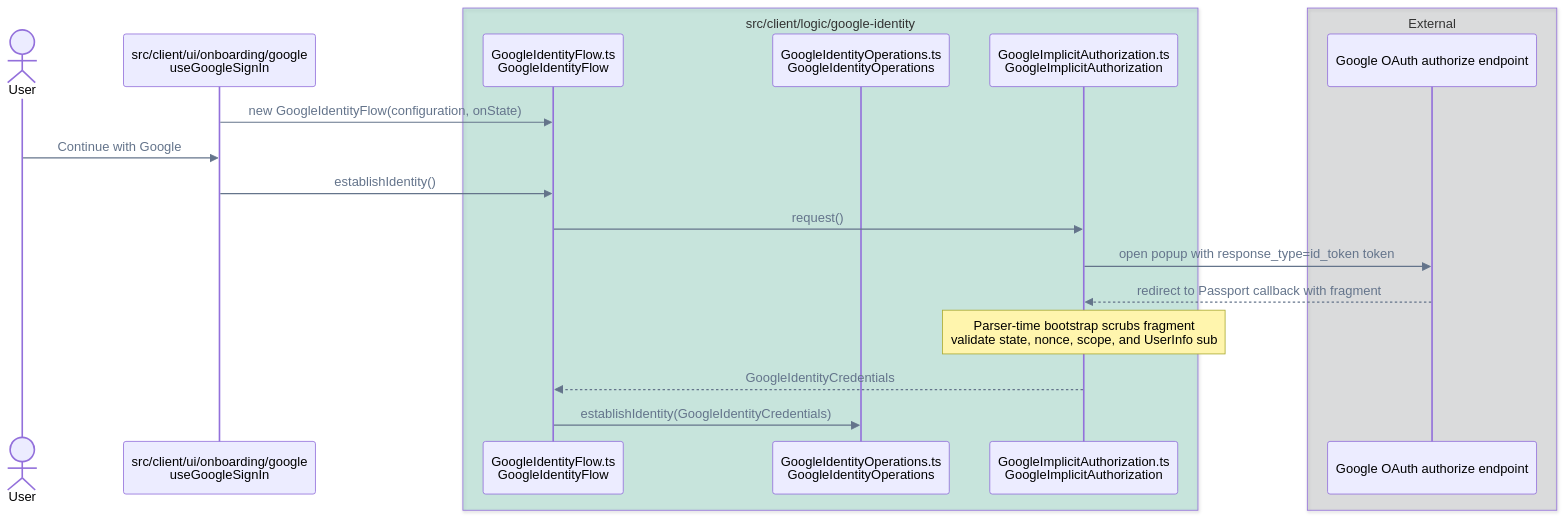
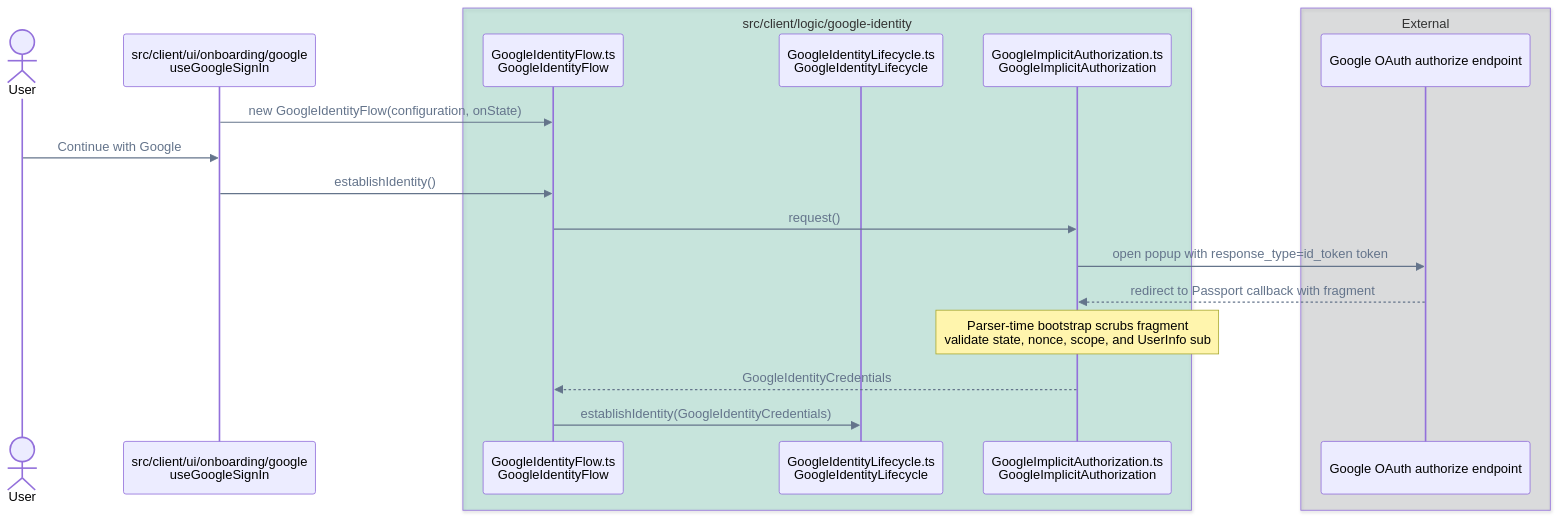
One commit to pubky/pubky-passport changed the seventh of 14 diagrams in FLOWS.md. Above: the diagram before and after it, drawn with Mermaid. The commit also changed other lines of this file and 15 other files, not shown here.

````diff
--- a/FLOWS.md
+++ b/FLOWS.md
@@ -291,26 +291,26 @@
 ```mermaid
 %%{init: {"themeVariables": {"signalColor": "#64748B", "signalTextColor": "#64748B"}}}%%
 sequenceDiagram
     accTitle: Single Google implicit popup call flow
     accDescr: One user click requests identity and Drive scopes; the callback fragment is scrubbed during HTML parsing and credentials remain browser-only.
     actor User
     participant UI as src/client/ui/onboarding/google<br/>useGoogleSignIn
     box rgba(0, 158, 115, 0.18) src/client/logic/google-identity
         participant GoogleFlow as GoogleIdentityFlow.ts<br/>GoogleIdentityFlow
-        participant Operations as GoogleIdentityOperations.ts<br/>GoogleIdentityOperations
+        participant Operations as GoogleIdentityLifecycle.ts<br/>GoogleIdentityLifecycle
         participant Authorization as GoogleImplicitAuthorization.ts<br/>GoogleImplicitAuthorization
     end
     box rgba(17, 24, 39, 0.12) External
         participant OAuth as Google OAuth authorize endpoint
     end
 
     UI->>GoogleFlow: new GoogleIdentityFlow(configuration, onState)
     User->>UI: Continue with Google
     UI->>GoogleFlow: establishIdentity()
     GoogleFlow->>Authorization: request()
     Authorization->>OAuth: open popup with response_type=id_token token
     OAuth-->>Authorization: redirect to Passport callback with fragment
     Note over Authorization: Parser-time bootstrap scrubs fragment<br/>validate state, nonce, scope, and UserInfo sub
     Authorization-->>GoogleFlow: GoogleIdentityCredentials
     GoogleFlow->>Operations: establishIdentity(GoogleIdentityCredentials)
 ```
````
